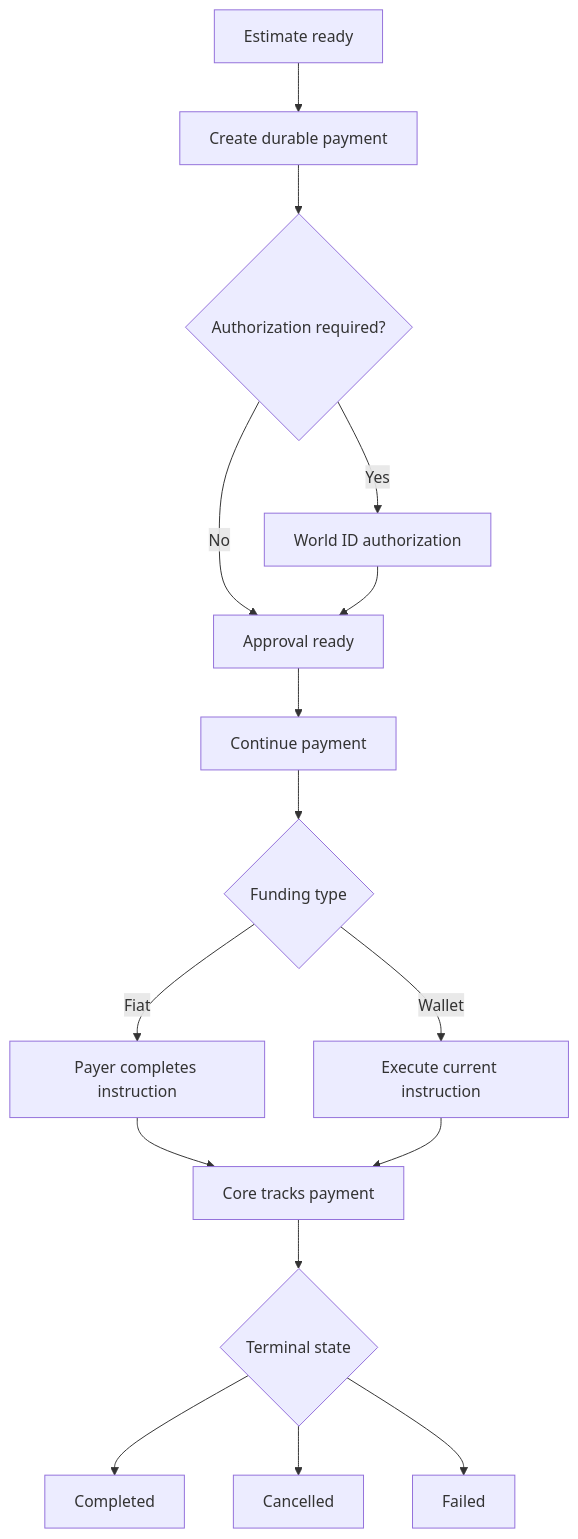
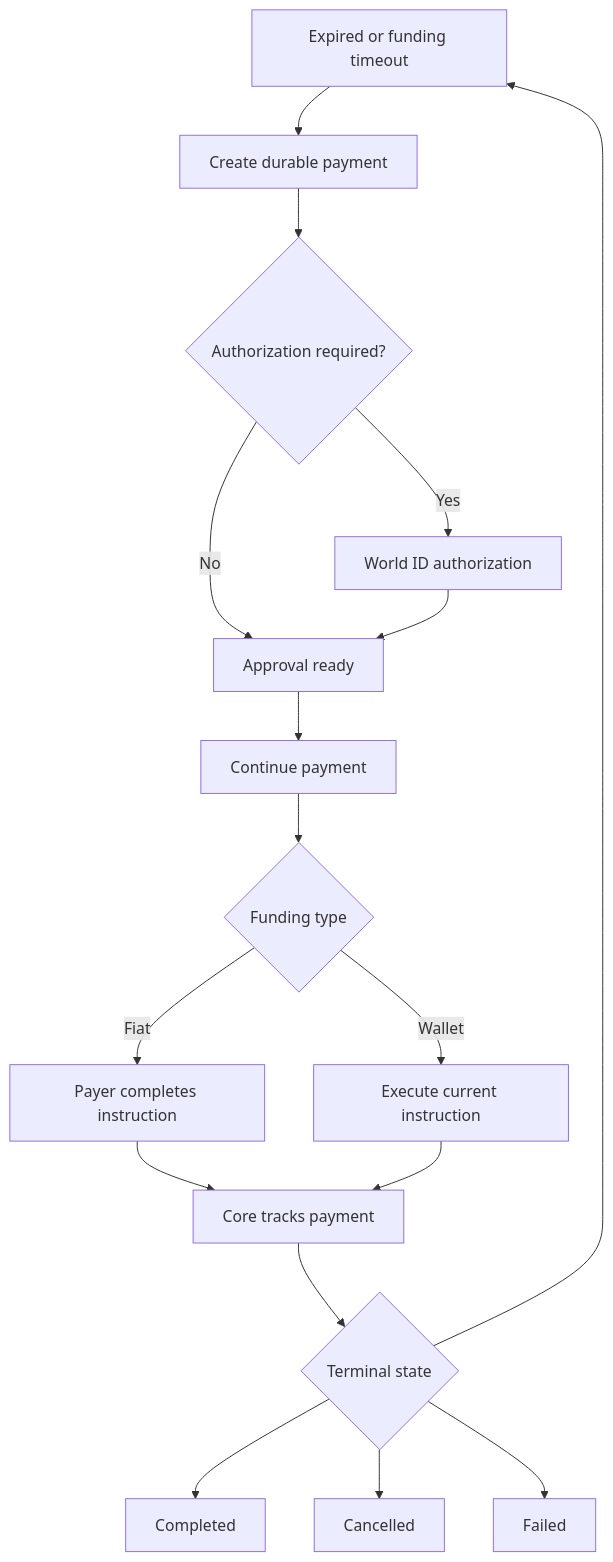
The diagram in payments/payment-lifecycle.mdx (trunghuynh-humanfx/agentbank-docs), drawn with Mermaid before and after one commit. The commit also changed other lines of this file and 90 other files, not shown here.

````diff
--- a/payments/payment-lifecycle.mdx
+++ b/payments/payment-lifecycle.mdx
@@ -6,18 +6,19 @@
 ```mermaid
 flowchart TD
     E["Estimate ready"] --> C["Create durable payment"]
     C --> A{"Authorization required?"}
     A -->|"Yes"| W["World ID authorization"]
     A -->|"No"| R["Approval ready"]
     W --> R
     R --> N["Continue payment"]
     N --> F{"Funding type"}
     F -->|"Fiat"| H["Payer completes instruction"]
     F -->|"Wallet"| X["Execute current instruction"]
     H --> P["Core tracks payment"]
     X --> P
     P --> T{"Terminal state"}
     T --> D["Completed"]
     T --> K["Cancelled"]
+    T --> E["Expired or funding timeout"]
     T --> L["Failed"]
 ```
````
